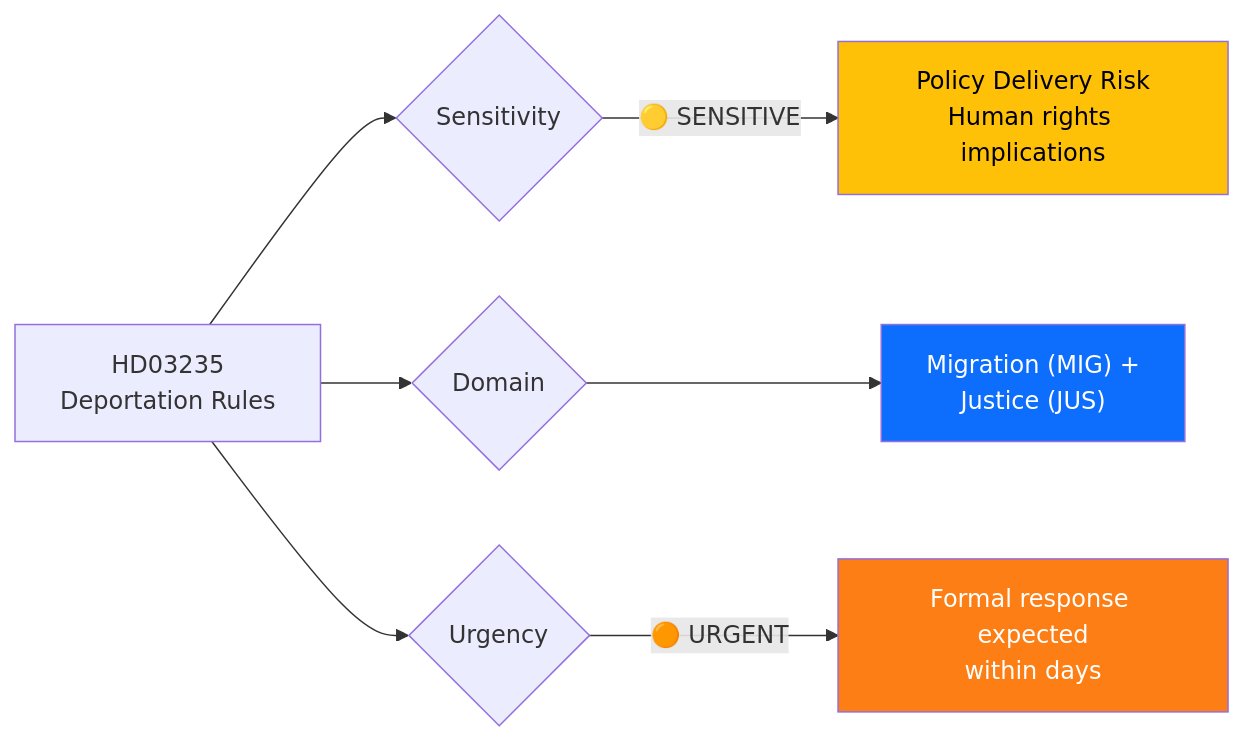
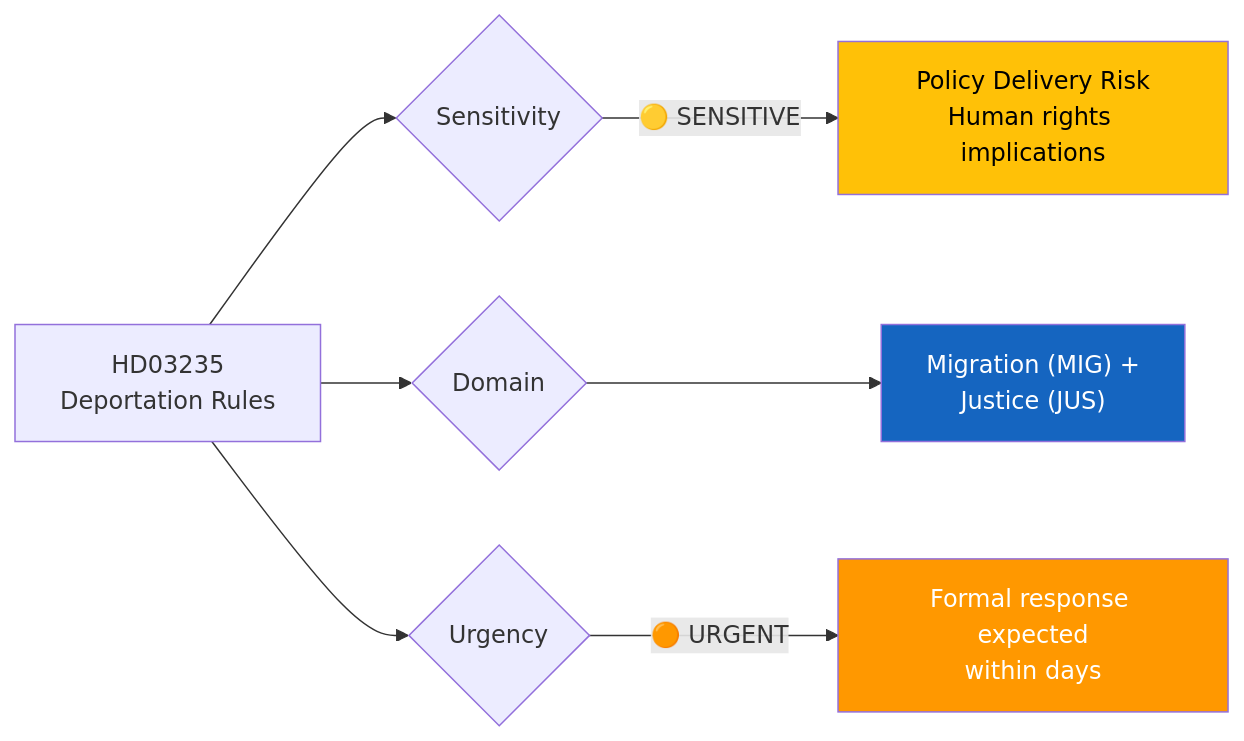
Before and after one commit to Hack23/riksdagsmonitor: the first of 2 diagrams in analysis/daily/2026-04-01/documents/hd03235-analysis.md, drawn with Mermaid. The commit also changed 785 other files, not shown here.

First line of the commit message:
Normalize mermaid colors across 786 analysis artifacts to ISMS Style Guide palette

````diff
--- a/analysis/daily/2026-04-01/documents/hd03235-analysis.md
+++ b/analysis/daily/2026-04-01/documents/hd03235-analysis.md
@@ -38,15 +38,15 @@
 ```mermaid
 graph LR
     A["HD03235<br/>Deportation Rules"] --> B{Sensitivity}
     B -->|"🟡 SENSITIVE"| D["Policy Delivery Risk<br/>Human rights implications"]
     
     A --> G{Domain}
     G --> H["Migration (MIG) +<br/>Justice (JUS)"]
     
     A --> I{Urgency}
     I -->|"🟠 URGENT"| K["Formal response expected<br/>within days"]
     
-    style D fill:#ffc107,color:#000
-    style H fill:#0d6efd,color:#fff
-    style K fill:#fd7e14,color:#fff
+    style D fill:#FFC107,color:#000000
+    style H fill:#1565C0,color:#FFFFFF
+    style K fill:#FF9800,color:#FFFFFF
 ```
````
